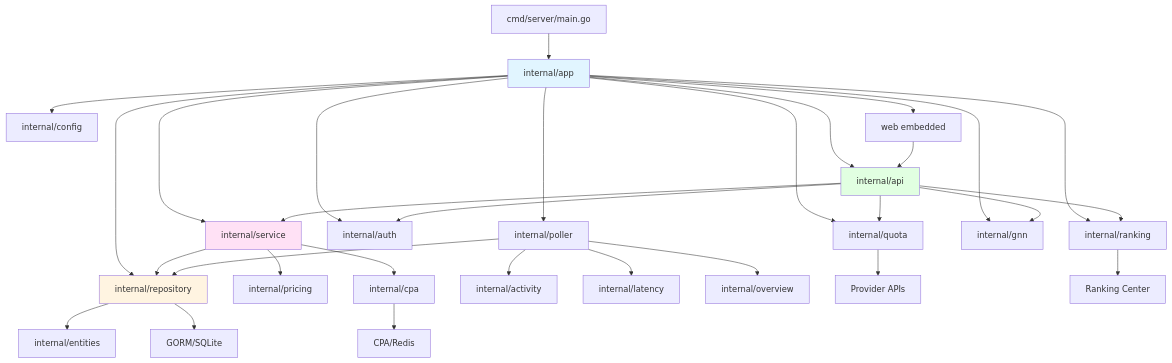
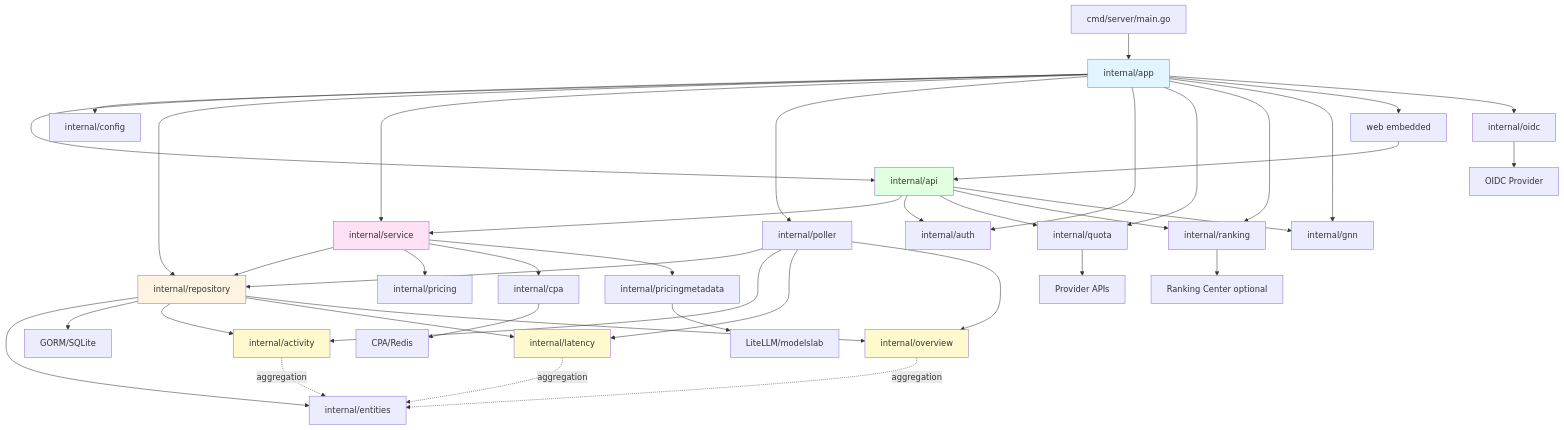
Before and after one commit to blackhiden/cpa-usage-keeper: the diagram in docs/CODE_GRAPH.md, drawn with Mermaid. The commit also changed other lines of this file, not shown here.

First line of the commit message:
docs: update CODE_GRAPH.md for aggregation domain extraction

````diff
--- a/docs/CODE_GRAPH.md
+++ b/docs/CODE_GRAPH.md
@@ -115,43 +122,57 @@
 ```mermaid
 graph TD
     A[cmd/server/main.go] --> B[internal/app]
     B --> C[internal/api]
     B --> D[internal/config]
     B --> E[internal/repository]
     B --> F[internal/service]
     B --> G[internal/poller]
     B --> H[internal/auth]
     B --> I[internal/quota]
     B --> J[internal/ranking]
     B --> K[internal/gnn]
     B --> L[web embedded]
+    B --> OIDC[internal/oidc]
     
     C --> F
     C --> H
     C --> I
     C --> J
     C --> K
     
     F --> E
     F --> M[internal/pricing]
     F --> N[internal/cpa]
+    F --> PM[internal/pricingmetadata]
     
     G --> E
     G --> O[internal/activity]
     G --> P[internal/latency]
     G --> Q[internal/overview]
     
     E --> R[internal/entities]
     E --> S[GORM/SQLite]
+    E --> O
+    E --> P
+    E --> Q
     
     I --> T[Provider APIs]
-    J --> U[Ranking Center]
+    J --> U[Ranking Center optional]
     N --> V[CPA/Redis]
+    OIDC --> W[OIDC Provider]
+    PM --> X[LiteLLM/modelslab]
+    
+    O -.aggregation.-> R
+    P -.aggregation.-> R
+    Q -.aggregation.-> R
     
     L --> C
     
     style B fill:#e1f5ff
     style E fill:#fff4e1
     style F fill:#ffe1f5
     style C fill:#e1ffe1
+    style O fill:#fffacd
+    style P fill:#fffacd
+    style Q fill:#fffacd
 ```
````
